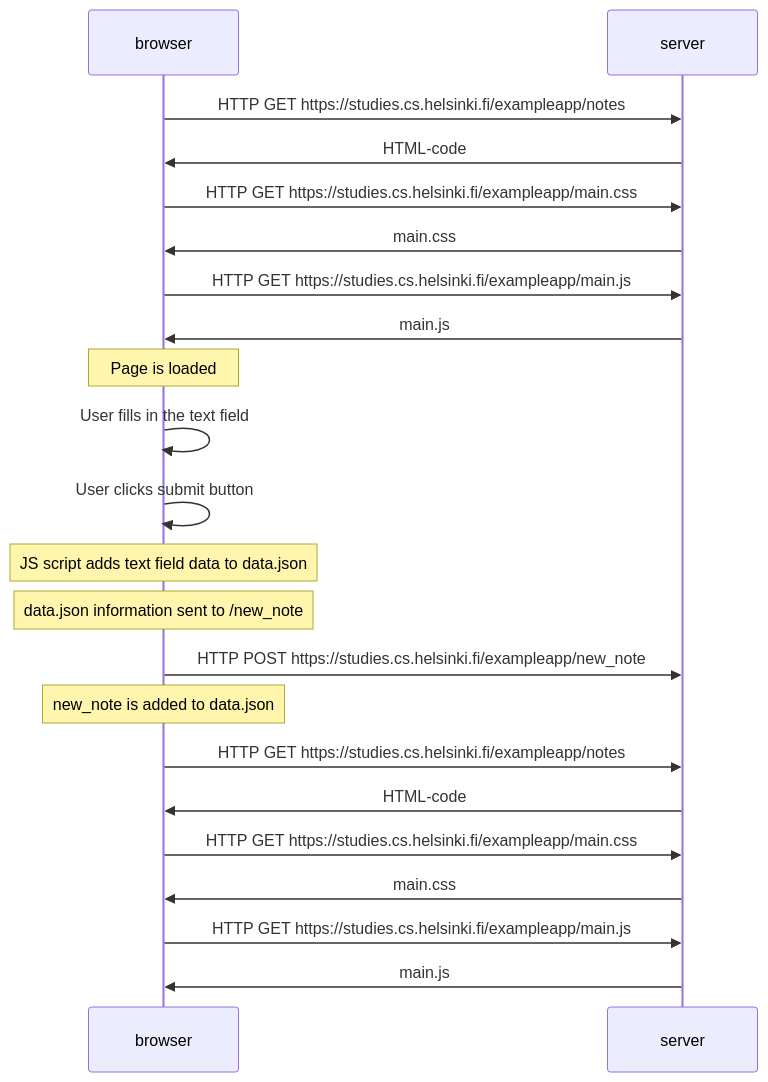
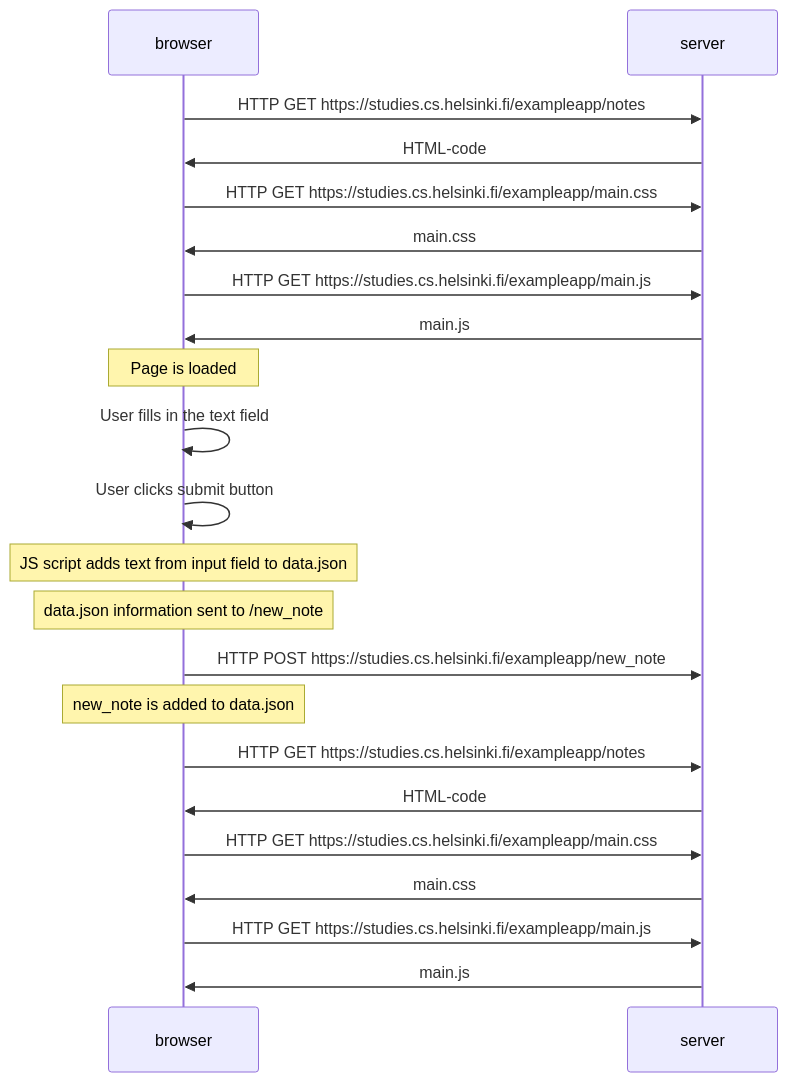
One commit to simon-archer/fullstack changed the diagram in part0/0.4: New note diagram.md. Above: the diagram before and after it, drawn with Mermaid.

Commit message:
Update 0.4: New note diagram.md

````diff
--- a/part0/0.4: New note diagram.md
+++ b/part0/0.4: New note diagram.md
@@ -5,24 +5,24 @@
 ```mermaid
 sequenceDiagram
     participant browser
     participant server
     browser->>server: HTTP GET https://studies.cs.helsinki.fi/exampleapp/notes
     server->>browser: HTML-code
     browser->>server: HTTP GET https://studies.cs.helsinki.fi/exampleapp/main.css
     server->>browser: main.css
     browser->>server: HTTP GET https://studies.cs.helsinki.fi/exampleapp/main.js
     server->>browser: main.js
     Note over browser: Page is loaded
     browser->>browser: User fills in the text field
     browser->>browser: User clicks submit button
-    Note over browser: JS script adds text field data to data.json
+    Note over browser: JS script adds text from input field to data.json
     Note over browser: data.json information sent to /new_note
     browser->>server: HTTP POST https://studies.cs.helsinki.fi/exampleapp/new_note
     Note over browser: new_note is added to data.json 
     browser->>server: HTTP GET https://studies.cs.helsinki.fi/exampleapp/notes
     server->>browser: HTML-code
     browser->>server: HTTP GET https://studies.cs.helsinki.fi/exampleapp/main.css
     server->>browser: main.css
     browser->>server: HTTP GET https://studies.cs.helsinki.fi/exampleapp/main.js
     server->>browser: main.js
 ```
````
